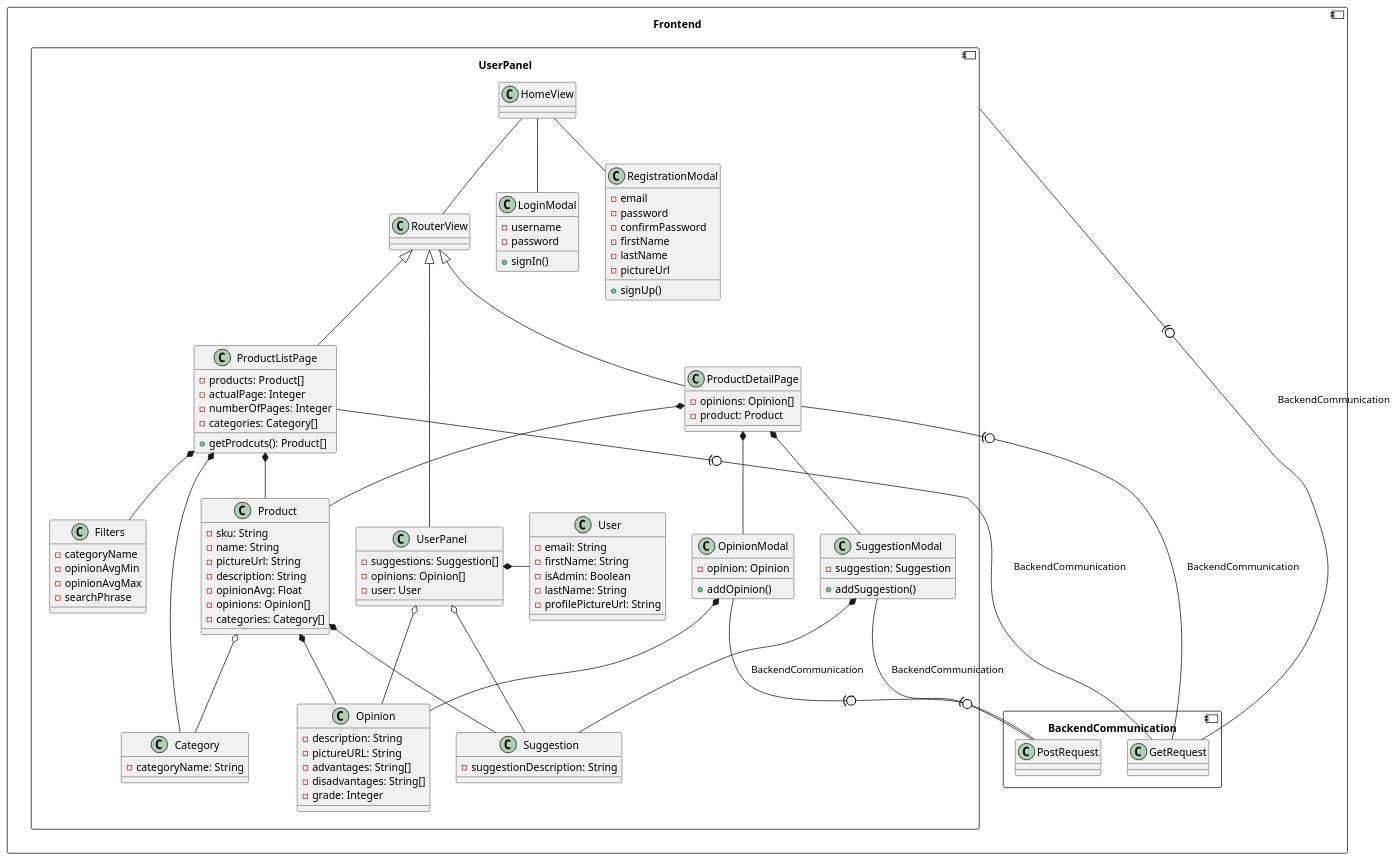
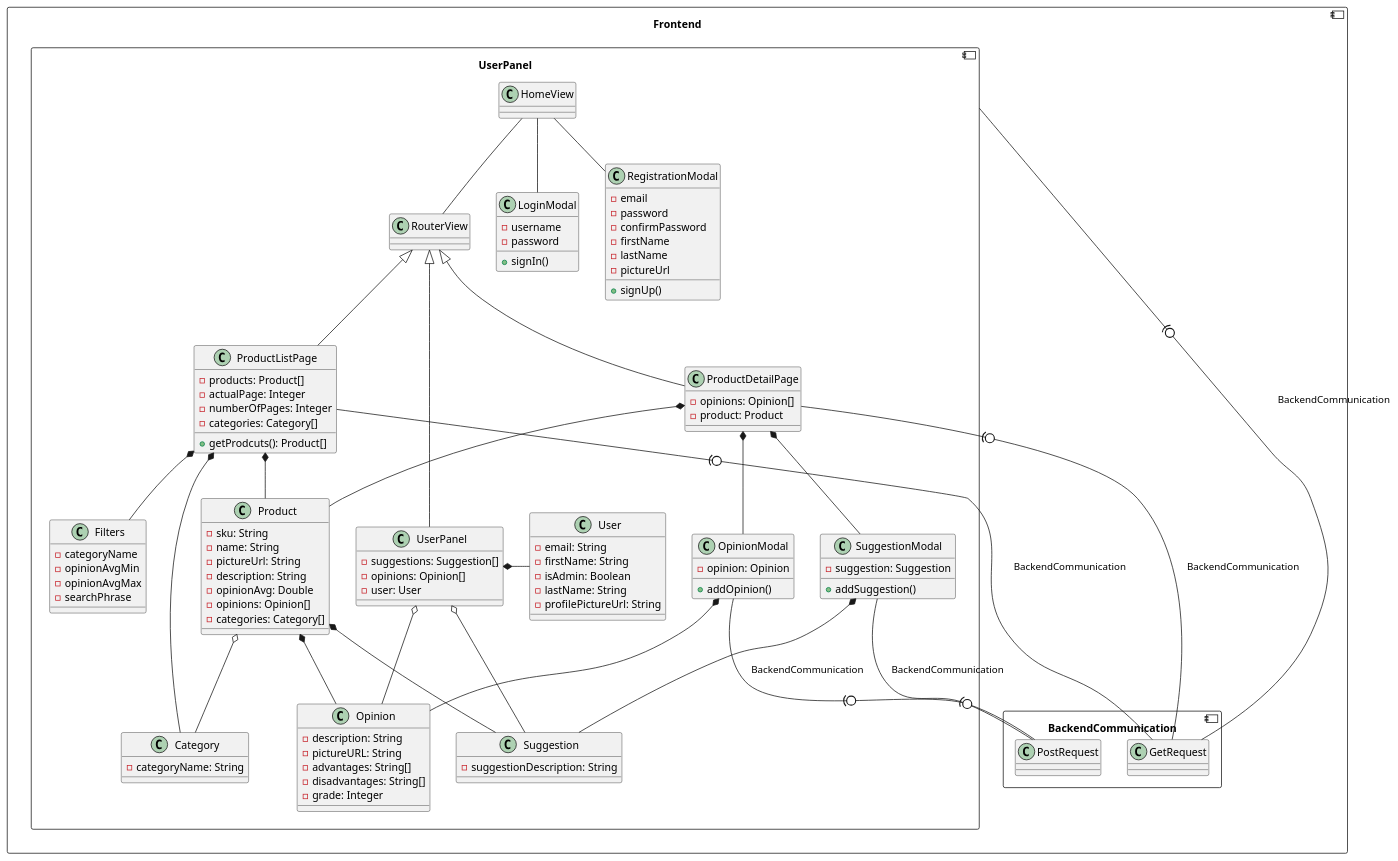
One commit to RadekBucki/OpinionCollectorArchitecture changed diagram 12 of 17 in FullClassDiagrams.md. Above: the diagram before and after it, drawn with PlantUML. The commit also changed other lines of this file, not shown here.

```diff
--- a/FullClassDiagrams.md
+++ b/FullClassDiagrams.md
@@ -855,7 +855,7 @@
             - name: String
             - pictureUrl: String
             - description: String
-            - opinionAvg: Float
+            - opinionAvg: Double
             - opinions: Opinion[]
             - categories: Category[]
         }
```
